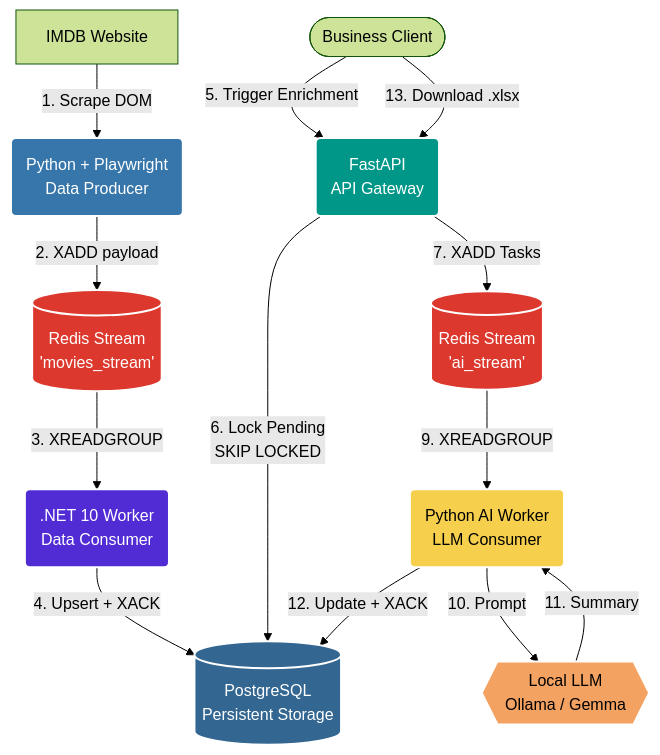
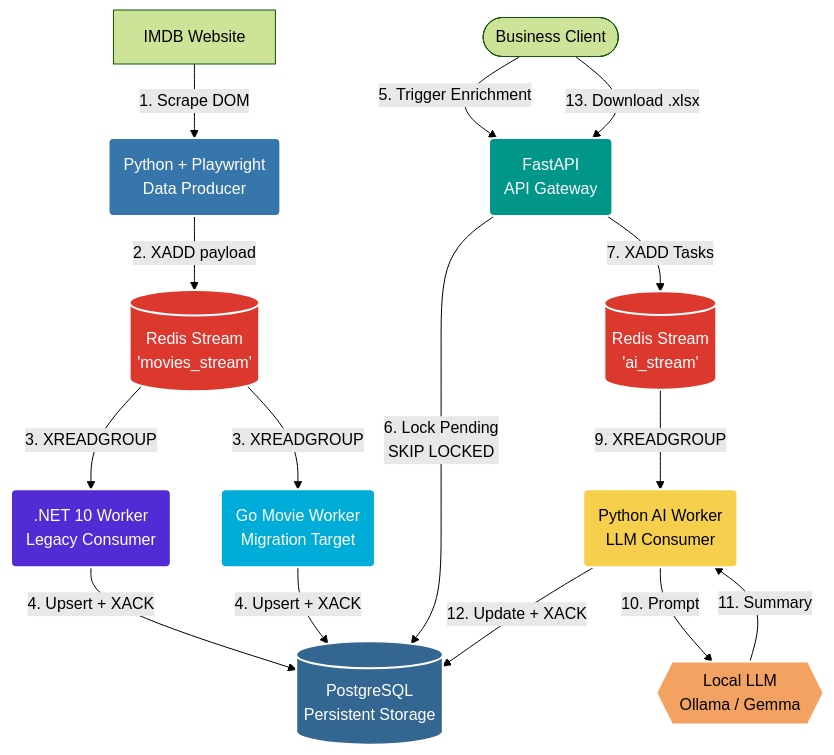
The diagram in README.md (Legon2k/imdb-ai-pipeline), drawn with Mermaid (forest theme) before and after one commit. The commit also changed other lines of this file and 21 other files, not shown here.

````diff
--- a/README.md
+++ b/README.md
@@ -9,40 +9,44 @@
 ```mermaid
 graph TD
     %% Define Nodes
     Client([Business Client])
     IMDB[IMDB Website]
     Scraper(Python + Playwright<br/>Data Producer)
     RedisMovies[(Redis Stream<br/>'movies_stream')]
-    WorkerNET(.NET 10 Worker<br/>Data Consumer)
+    WorkerNET(.NET 10 Worker<br/>Legacy Consumer)
+    WorkerGo(Go Movie Worker<br/>Migration Target)
     DB[(PostgreSQL<br/>Persistent Storage)]
     API(FastAPI<br/>API Gateway)
     RedisAI[(Redis Stream<br/>'ai_stream')]
     WorkerAI(Python AI Worker<br/>LLM Consumer)
     LLM{{Local LLM<br/>Ollama / Gemma}}
 
     %% Define Flow
     IMDB -- 1. Scrape DOM --> Scraper
     Scraper -- 2. XADD payload --> RedisMovies
     RedisMovies -- 3. XREADGROUP --> WorkerNET
+    RedisMovies -- 3. XREADGROUP --> WorkerGo
     WorkerNET -- 4. Upsert + XACK --> DB
+    WorkerGo -- 4. Upsert + XACK --> DB
     
     Client -- 5. Trigger Enrichment --> API
     API -- 6. Lock Pending<br/>SKIP LOCKED --> DB
     API -- 7. XADD Tasks --> RedisAI
     RedisAI -- 9. XREADGROUP --> WorkerAI
     WorkerAI -- 10. Prompt --> LLM
     LLM -- 11. Summary --> WorkerAI
     WorkerAI -- 12. Update + XACK --> DB
     
     Client -- 13. Download .xlsx --> API
 
     %% Styling
     style Scraper fill:#3776ab,stroke:#fff,stroke-width:2px,color:#fff
     style RedisMovies fill:#dc382d,stroke:#fff,stroke-width:2px,color:#fff
     style RedisAI fill:#dc382d,stroke:#fff,stroke-width:2px,color:#fff
     style WorkerNET fill:#512bd4,stroke:#fff,stroke-width:2px,color:#fff
+    style WorkerGo fill:#00add8,stroke:#fff,stroke-width:2px,color:#fff
     style DB fill:#336791,stroke:#fff,stroke-width:2px,color:#fff
     style API fill:#009688,stroke:#fff,stroke-width:2px,color:#fff
     style WorkerAI fill:#f6d04d,stroke:#fff,stroke-width:2px,color:#000
     style LLM fill:#f4a261,stroke:#fff,stroke-width:2px,color:#000
 ```
````
